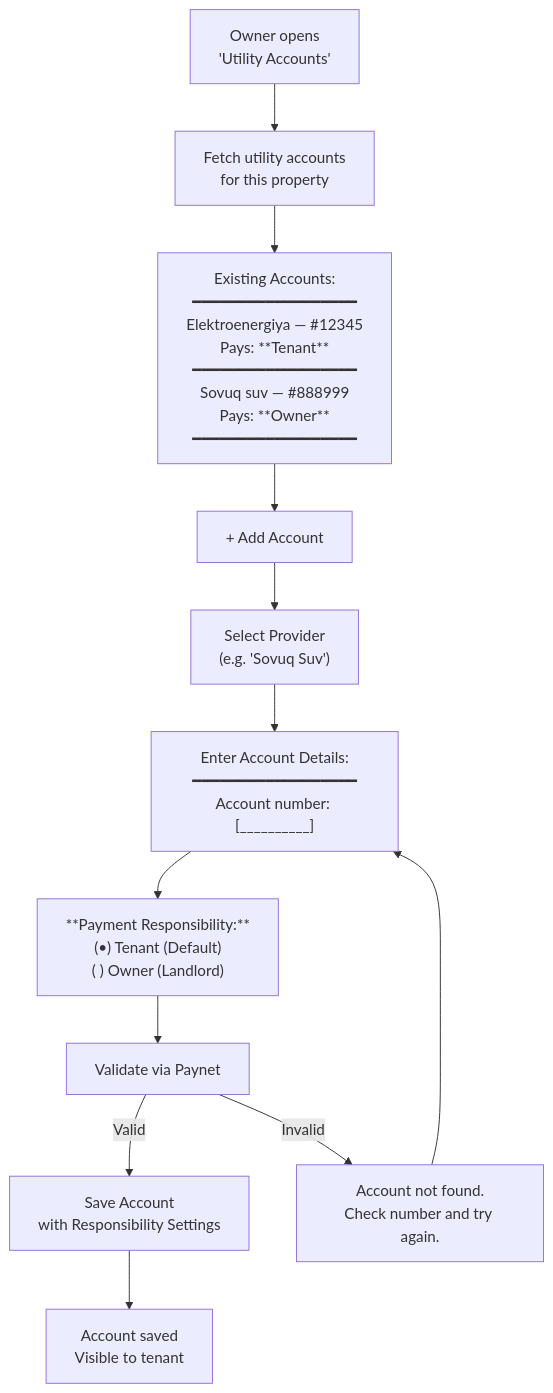
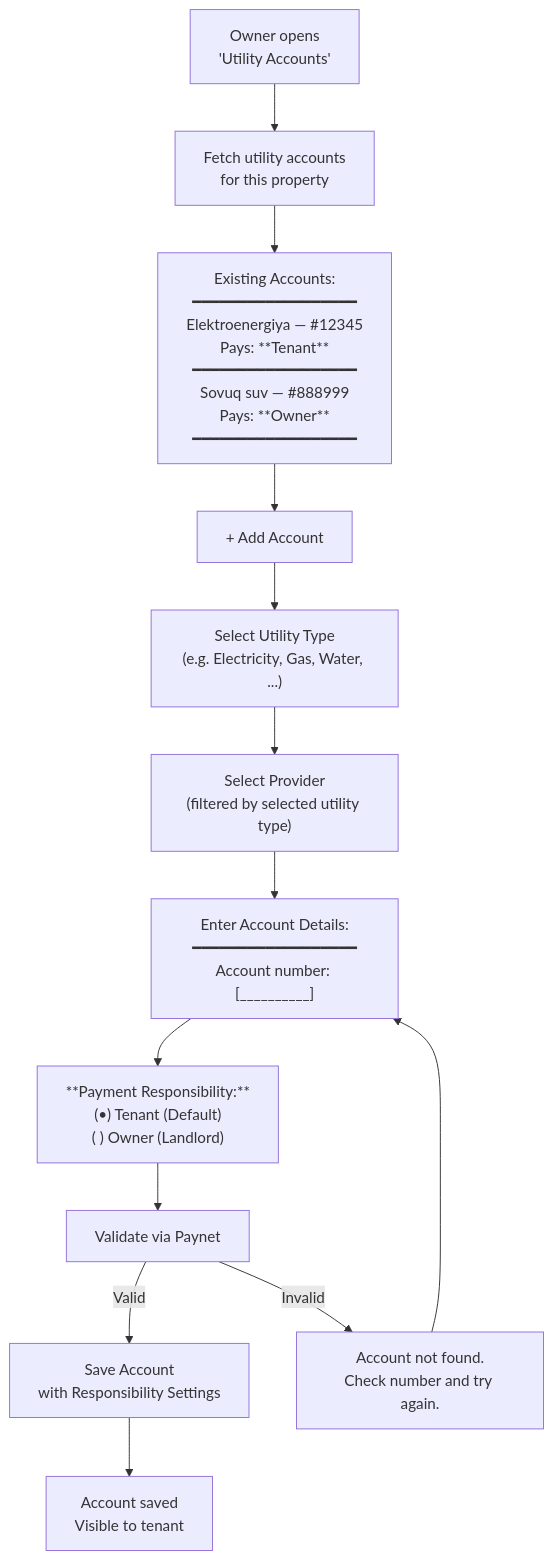
Before and after one commit to saodatm-dev/Utilities---Informational-Architecture: the sixth of 11 diagrams in Utilities - Business Owner.md, drawn with Mermaid. The commit also changed other lines of this file and 1 other file, not shown here.

Commit message:
feat: Introduce categorized utility selection and refine OTP requirement to card registration only.

````diff
--- a/Utilities - Business Owner.md
+++ b/Utilities - Business Owner.md
@@ -193,22 +193,24 @@
 ```mermaid
 flowchart TD
     ACCOUNTS["Owner opens<br/>'Utility Accounts'"] --> LOAD["Fetch utility accounts<br/>for this property"]
 
     LOAD --> LIST["Existing Accounts:<br/>━━━━━━━━━━━━━━━━━━<br/>Elektroenergiya — #12345<br/>  Pays: **Tenant**<br/>━━━━━━━━━━━━━━━━━━<br/>Sovuq suv — #888999<br/>  Pays: **Owner**<br/>━━━━━━━━━━━━━━━━━━"]
 
     LIST --> ADD["+ Add Account"]
 
-    ADD --> PROVIDER["Select Provider<br/>(e.g. 'Sovuq Suv')"]
+    ADD --> UTIL_CAT["Select Utility Type<br/>(e.g. Electricity, Gas, Water, ...)"]
+
+    UTIL_CAT --> PROVIDER["Select Provider<br/>(filtered by selected utility type)"]
 
     PROVIDER --> INPUT_ACC["Enter Account Details:<br/>━━━━━━━━━━━━━━━━━━<br/>Account number: [__________]"]
 
     INPUT_ACC --> RESP_TOGGLE["**Payment Responsibility:**<br/>(•) Tenant (Default)<br/>( ) Owner (Landlord)"]
 
     RESP_TOGGLE --> VALIDATE["Validate via Paynet"]
 
     VALIDATE -->|"Valid"| SAVE["Save Account<br/>with Responsibility Settings"]
     VALIDATE -->|"Invalid"| NOT_FOUND["Account not found.<br/>Check number and try again."]
     NOT_FOUND --> INPUT_ACC
 
     SAVE --> SAVED["Account saved<br/>Visible to tenant"]
 ```
````
